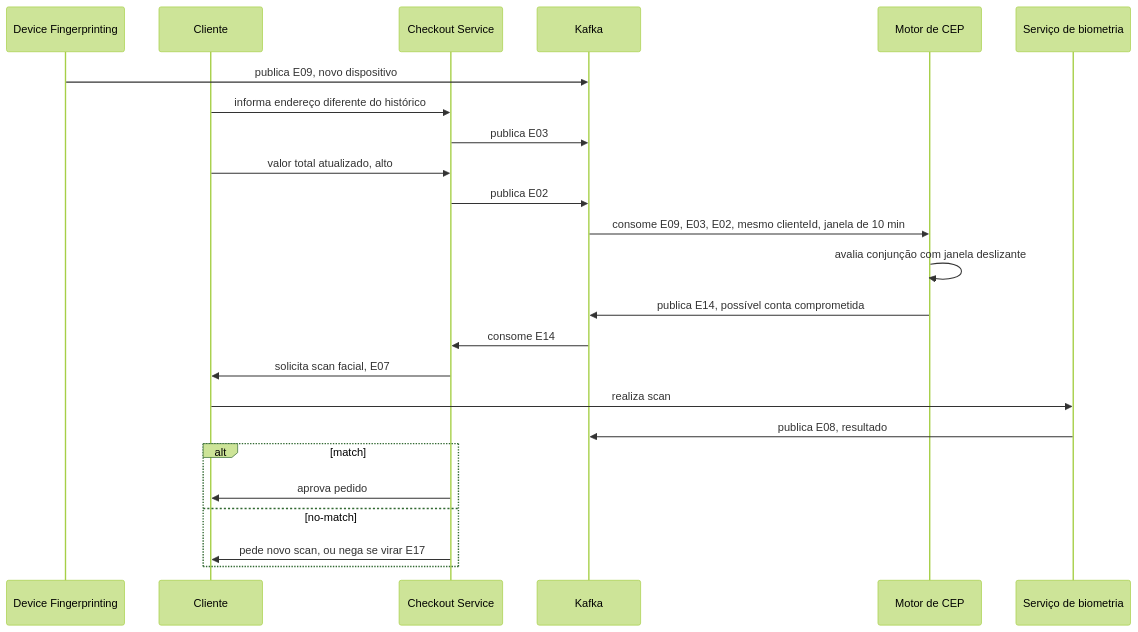
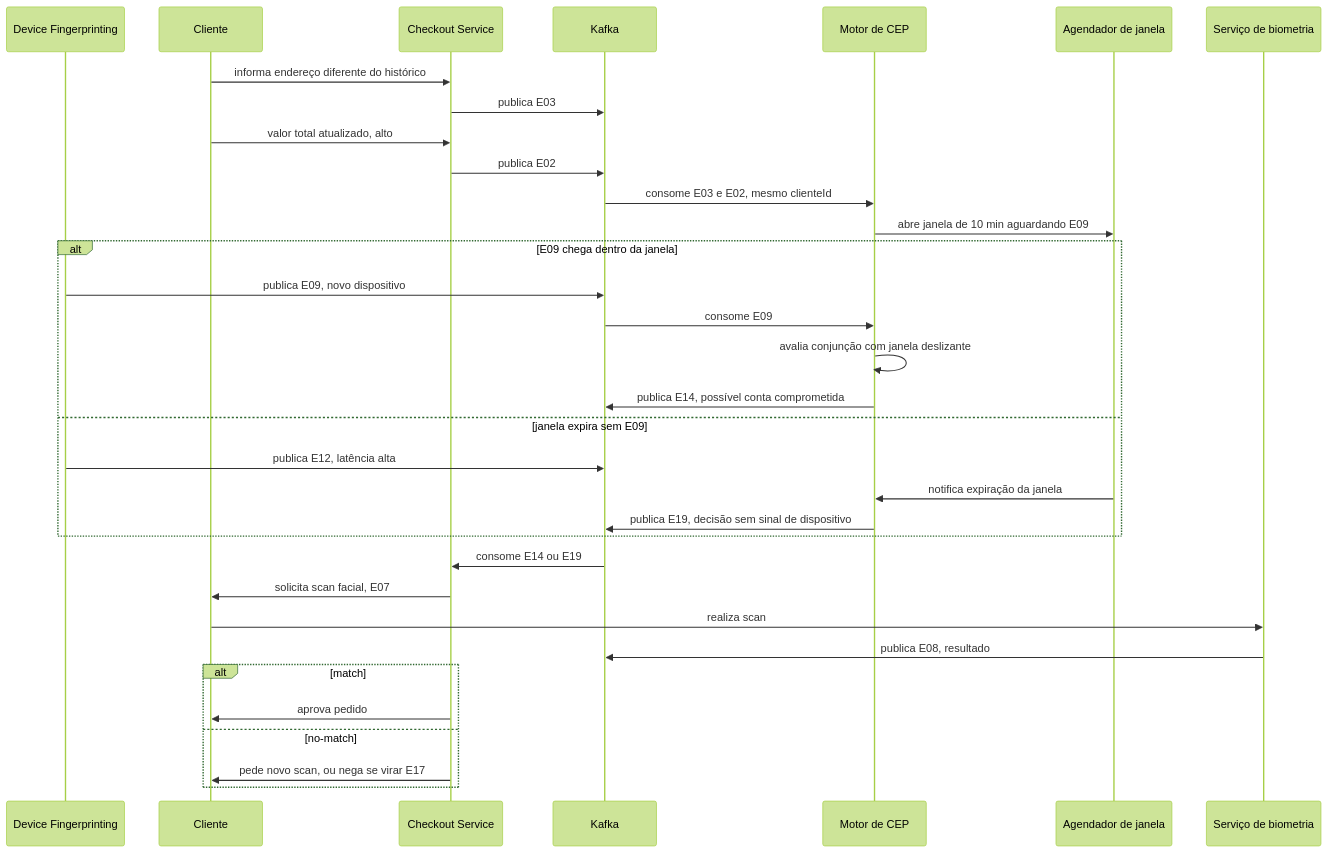
One commit to AndreLobo1/scsdscd changed the fifth of 6 diagrams in ponderada-cep-antifraude.md. Above: the diagram before and after it, drawn with Mermaid (forest theme). The commit also changed other lines of this file, not shown here.

````diff
--- a/ponderada-cep-antifraude.md
+++ b/ponderada-cep-antifraude.md
@@ -233,27 +360,36 @@
 ```mermaid
 sequenceDiagram
     participant Device as Device Fingerprinting
     participant Cliente
     participant Checkout as Checkout Service
     participant Kafka
     participant CEP as Motor de CEP
+    participant Agendador as Agendador de janela
     participant Biometria as Serviço de biometria
 
-    Device->>Kafka: publica E09, novo dispositivo
     Cliente->>Checkout: informa endereço diferente do histórico
     Checkout->>Kafka: publica E03
     Cliente->>Checkout: valor total atualizado, alto
     Checkout->>Kafka: publica E02
-    Kafka->>CEP: consome E09, E03, E02, mesmo clienteId, janela de 10 min
-    CEP->>CEP: avalia conjunção com janela deslizante
-    CEP->>Kafka: publica E14, possível conta comprometida
-    Kafka->>Checkout: consome E14
+    Kafka->>CEP: consome E03 e E02, mesmo clienteId
+    CEP->>Agendador: abre janela de 10 min aguardando E09
+    alt E09 chega dentro da janela
+        Device->>Kafka: publica E09, novo dispositivo
+        Kafka->>CEP: consome E09
+        CEP->>CEP: avalia conjunção com janela deslizante
+        CEP->>Kafka: publica E14, possível conta comprometida
+    else janela expira sem E09
+        Device->>Kafka: publica E12, latência alta
+        Agendador->>CEP: notifica expiração da janela
+        CEP->>Kafka: publica E19, decisão sem sinal de dispositivo
+    end
+    Kafka->>Checkout: consome E14 ou E19
     Checkout->>Cliente: solicita scan facial, E07
     Cliente->>Biometria: realiza scan
     Biometria->>Kafka: publica E08, resultado
     alt match
         Checkout->>Cliente: aprova pedido
     else no-match
         Checkout->>Cliente: pede novo scan, ou nega se virar E17
     end
 ```
````
